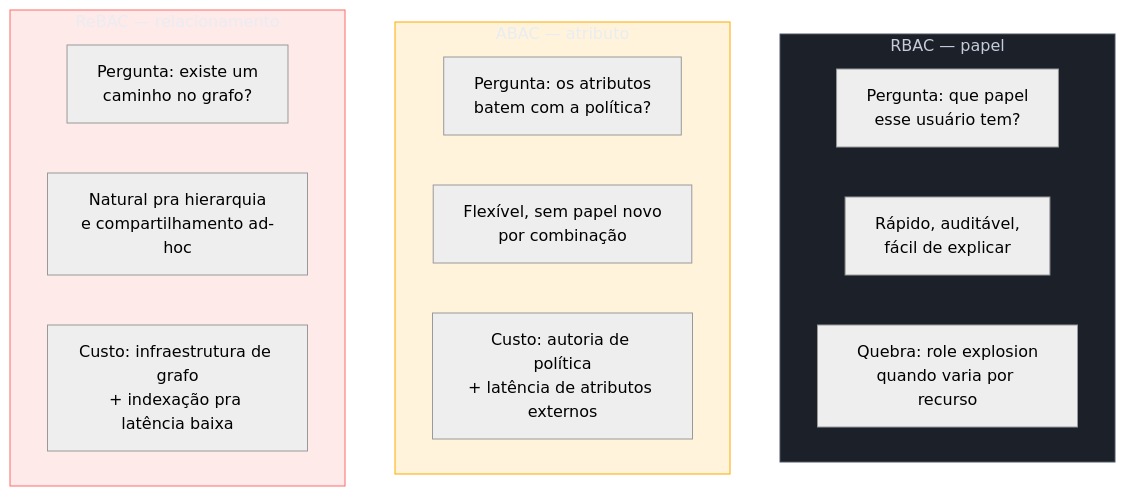
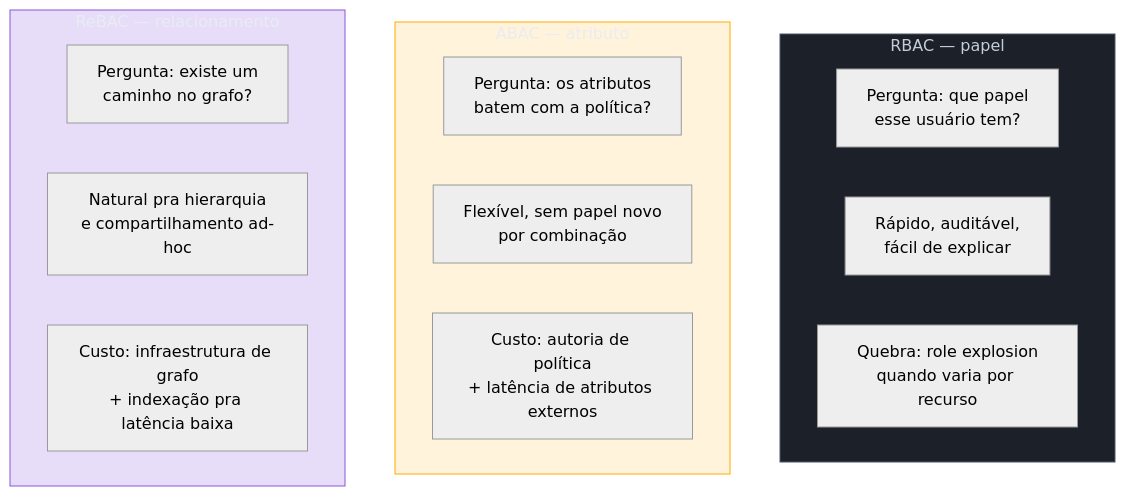
One commit to josenaldo/codex-technomanticus changed the fifth of 5 diagrams in 03-Dominios/Engenharia/Auth e Identidade/3 - Autorização e multi-tenancy/01 - RBAC, ABAC e ReBAC — os três modelos.md. Above: the diagram before and after it, drawn with Mermaid (neutral theme). The commit also changed other lines of this file and 601 other files, not shown here.

````diff
--- a/03-Dominios/Engenharia/Auth e Identidade/3 - Autorização e multi-tenancy/01 - RBAC, ABAC e ReBAC — os três modelos.md
+++ b/03-Dominios/Engenharia/Auth e Identidade/3 - Autorização e multi-tenancy/01 - RBAC, ABAC e ReBAC — os três modelos.md
@@ -163,25 +163,25 @@
 ```mermaid
 graph TD
+    classDef marca fill:#8855DF33,stroke:#8855DF,color:#E9ECF2
     classDef neutro fill:#1B2029,stroke:#4E5666,color:#C6CCD8
     classDef destaque fill:#FFAA0024,stroke:#FFAA00,color:#E9ECF2
-    classDef falha fill:#FF6B6B24,stroke:#FF6B6B,color:#E9ECF2
     subgraph RBAC["RBAC — papel"]
         R1["Pergunta: que papel<br/>esse usuário tem?"]
         R2["Rápido, auditável,<br/>fácil de explicar"]
         R3["Quebra: role explosion<br/>quando varia por recurso"]
     end
     subgraph ABAC["ABAC — atributo"]
         A1["Pergunta: os atributos<br/>batem com a política?"]
         A2["Flexível, sem papel novo<br/>por combinação"]
         A3["Custo: autoria de política<br/>+ latência de atributos externos"]
     end
     subgraph ReBAC["ReBAC — relacionamento"]
         B1["Pergunta: existe um<br/>caminho no grafo?"]
         B2["Natural pra hierarquia<br/>e compartilhamento ad-hoc"]
         B3["Custo: infraestrutura de grafo<br/>+ indexação pra latência baixa"]
     end
 
     class RBAC neutro
     class ABAC destaque
-    class ReBAC falha
+    class ReBAC marca
 ```
````
